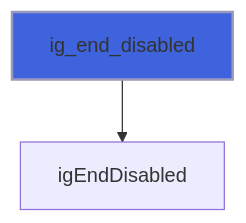
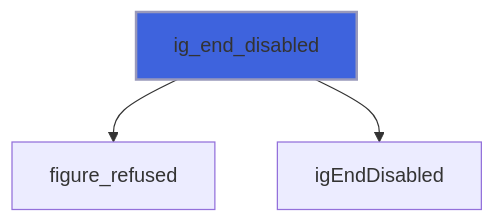
Diagram 19 of 26 in docs/api/src/lib/figure_group.md (szaghi/figure), drawn with Mermaid before and after one commit. The commit also changed other lines of this file and 10 other files, not shown here.

````diff
--- a/docs/api/src/lib/figure_group.md
+++ b/docs/api/src/lib/figure_group.md
@@ -440,5 +489,6 @@
 ```mermaid
 flowchart TD
+  ig_end_disabled["ig_end_disabled"] --> figure_refused["figure_refused"]
   ig_end_disabled["ig_end_disabled"] --> igEndDisabled["igEndDisabled"]
   style ig_end_disabled fill:#3e63dd,stroke:#99b,stroke-width:2px
 ```
````
